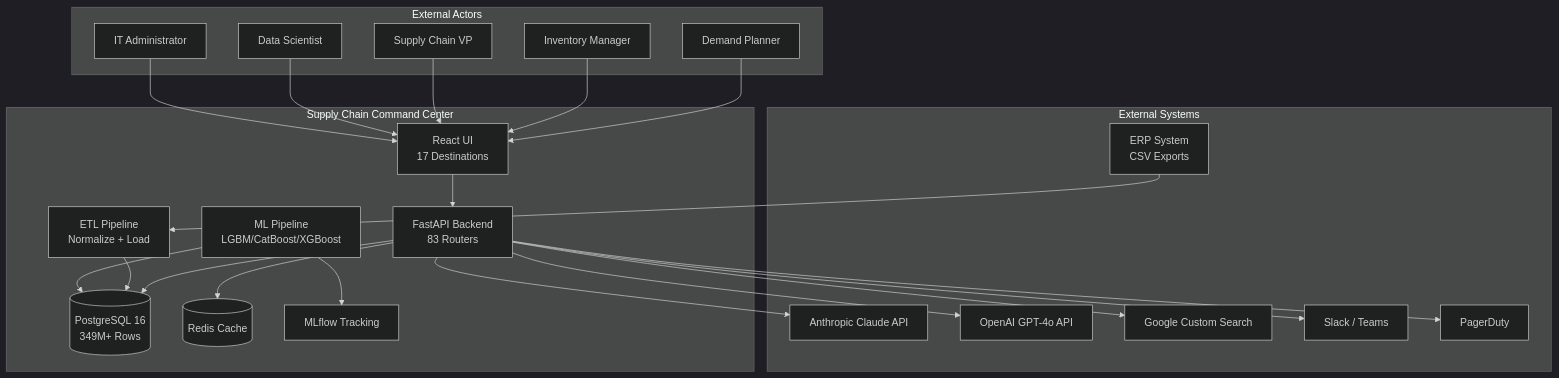
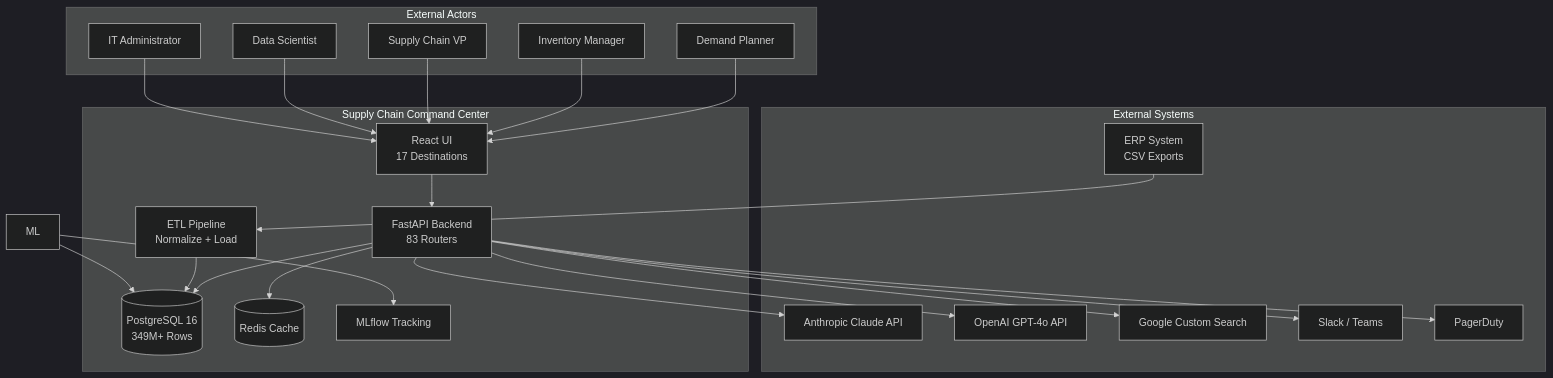
Before and after one commit to chidammano-hash/DemandProject: the first of 3 diagrams in docs/ENTERPRISE_ARCHITECTURE.md, drawn with Mermaid (dark theme). The commit also changed other lines of this file and 150 other files, not shown here.

````diff
--- a/docs/ENTERPRISE_ARCHITECTURE.md
+++ b/docs/ENTERPRISE_ARCHITECTURE.md
@@ -67,49 +66,48 @@
 ```mermaid
 graph TB
     subgraph External Actors
         DP[Demand Planner]
         IM[Inventory Manager]
         VP[Supply Chain VP]
         DS[Data Scientist]
         IT[IT Administrator]
     end
 
     subgraph External Systems
         ERP[ERP System<br>CSV Exports]
         CLAUDE[Anthropic Claude API]
         OPENAI[OpenAI GPT-4o API]
         GOOGLE[Google Custom Search]
         SLACK[Slack / Teams]
         PAGER[PagerDuty]
     end
 
     subgraph Supply Chain Command Center
         UI[React UI<br>17 Destinations]
         API[FastAPI Backend<br>83 Routers]
-        ML[ML Pipeline<br>LGBM/CatBoost/XGBoost]
         ETL[ETL Pipeline<br>Normalize + Load]
         DB[(PostgreSQL 16<br>349M+ Rows)]
         CACHE[(Redis Cache)]
         MLFLOW[MLflow Tracking]
     end
 
     DP --> UI
     IM --> UI
     VP --> UI
     DS --> UI
     IT --> UI
 
     UI --> API
     API --> DB
     API --> CACHE
     API --> CLAUDE
     API --> OPENAI
     API --> GOOGLE
     API --> SLACK
     API --> PAGER
 
     ERP --> ETL
     ETL --> DB
     ML --> DB
     ML --> MLFLOW
 ```
````
